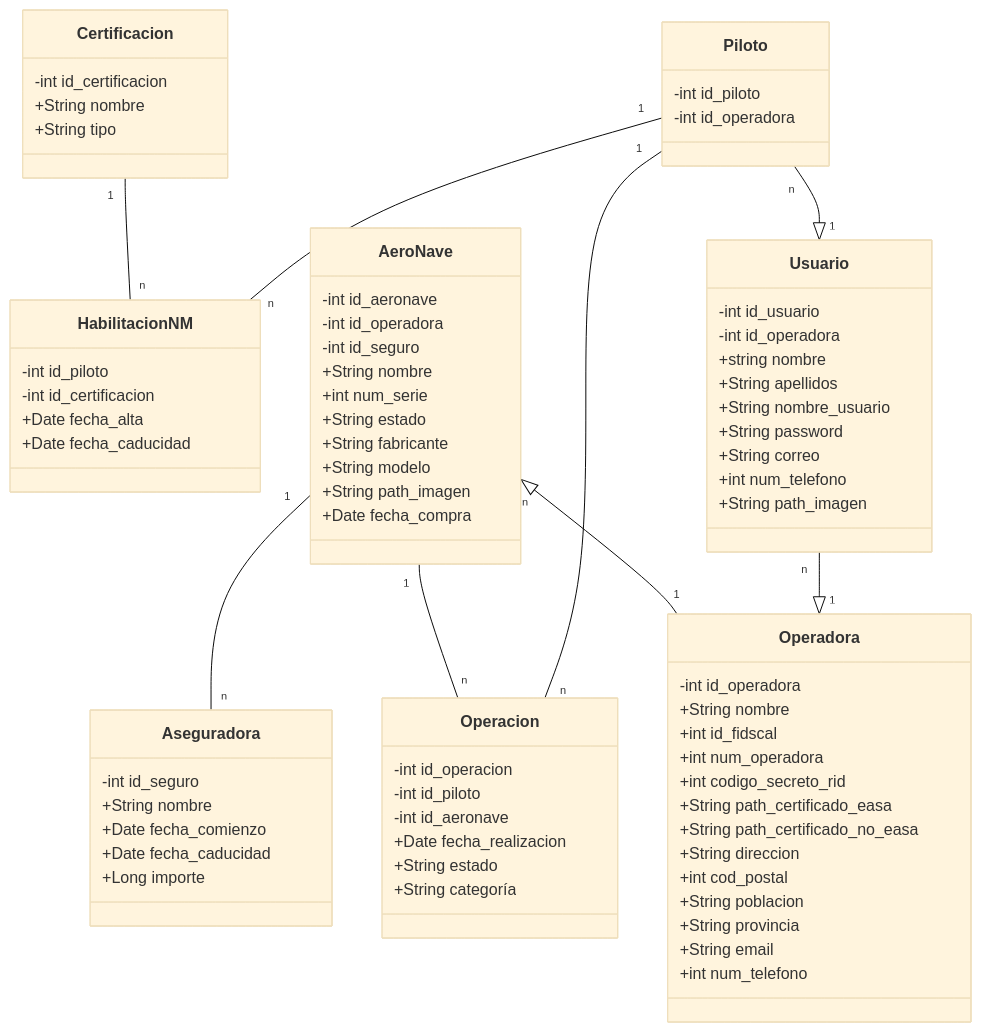
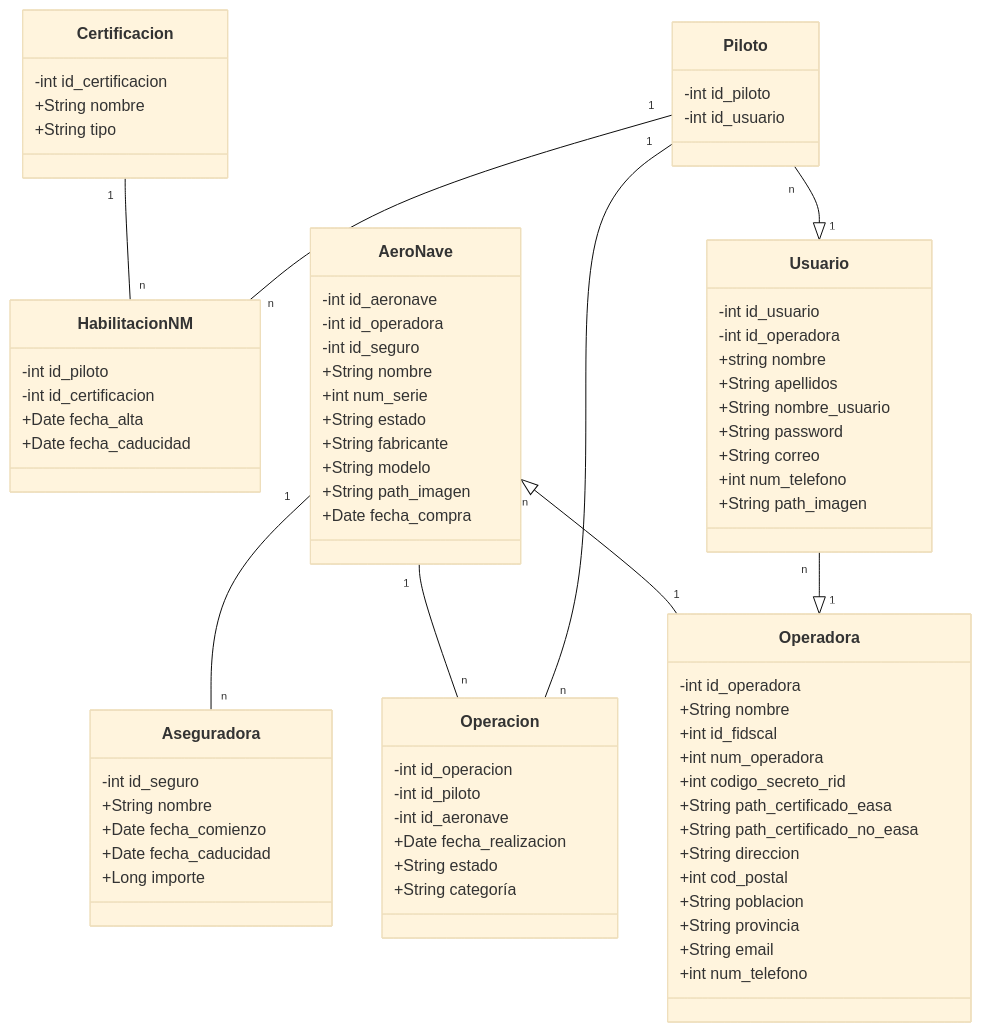
Before and after one commit to kfuentesb/DroneGestory: the diagram in GestorDrones-2026-03-04-082714.mmd, drawn with Mermaid (base theme).

Commit message:
Update Piloto class to use id_usuario instead of id_operadora

```diff
--- a/GestorDrones-2026-03-04-082714.mmd
+++ b/GestorDrones-2026-03-04-082714.mmd
@@ -1,86 +1,86 @@
 classDiagram
 
     class HabilitacionNM {
 	    -int id_piloto
 	    -int id_certificacion
 	    +Date fecha_alta
 	    +Date fecha_caducidad
     }
 
     class Piloto {
 	    -int id_piloto
-      -int id_operadora
+        -int id_usuario
     }
 
     class Certificacion {
 	    -int id_certificacion
 	    +String nombre
 	    +String tipo
     }
 
     class Operacion {
 	    -int id_operacion
 	    -int id_piloto
 	    -int id_aeronave
 	    +Date fecha_realizacion
 	    +String estado
 	    +String categoría
     }
 
     class AeroNave {
 	    -int id_aeronave
       -int id_operadora
       -int id_seguro
 	    +String nombre
       +int num_serie
       +String estado
       +String fabricante
       +String modelo
       +String path_imagen
       +Date fecha_compra
     }
 
     class Aseguradora {
 	    -int id_seguro
 	    +String nombre
 	    +Date fecha_comienzo
 	    +Date fecha_caducidad
 	    +Long importe
     }
 
     class Operadora {
 	    -int id_operadora
 	    +String nombre
       +int id_fidscal
       +int num_operadora
       +int codigo_secreto_rid
       +String path_certificado_easa
       +String path_certificado_no_easa
       +String direccion
       +int cod_postal
       +String poblacion
       +String provincia
       +String email
       +int num_telefono
     }
 
     class Usuario{
       -int id_usuario
       -int id_operadora
       +string nombre
       +String apellidos
       +String nombre_usuario
       +String password
       +String correo
       +int num_telefono
       +String path_imagen
     }
 
     Piloto "1" -- "n" HabilitacionNM
     Certificacion "1" -- "n" HabilitacionNM
     Piloto "1" -- "n" Operacion
     AeroNave "1" -- "n" Operacion
     AeroNave "1" -- "n" Aseguradora
     Piloto "n" --|> "1" Usuario
     Usuario "n" --|> "1" Operadora
     AeroNave "n" <|-- "1" Operadora
```
